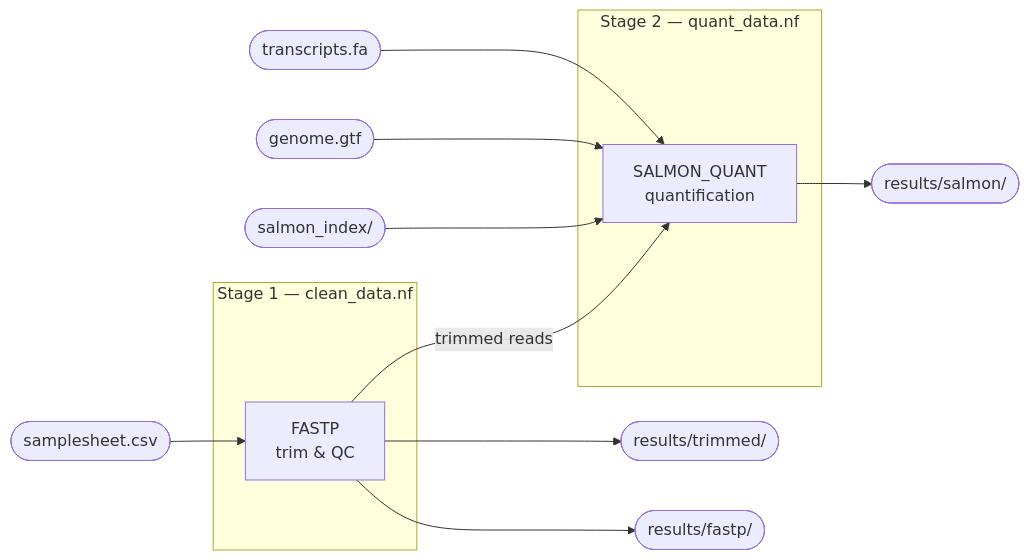
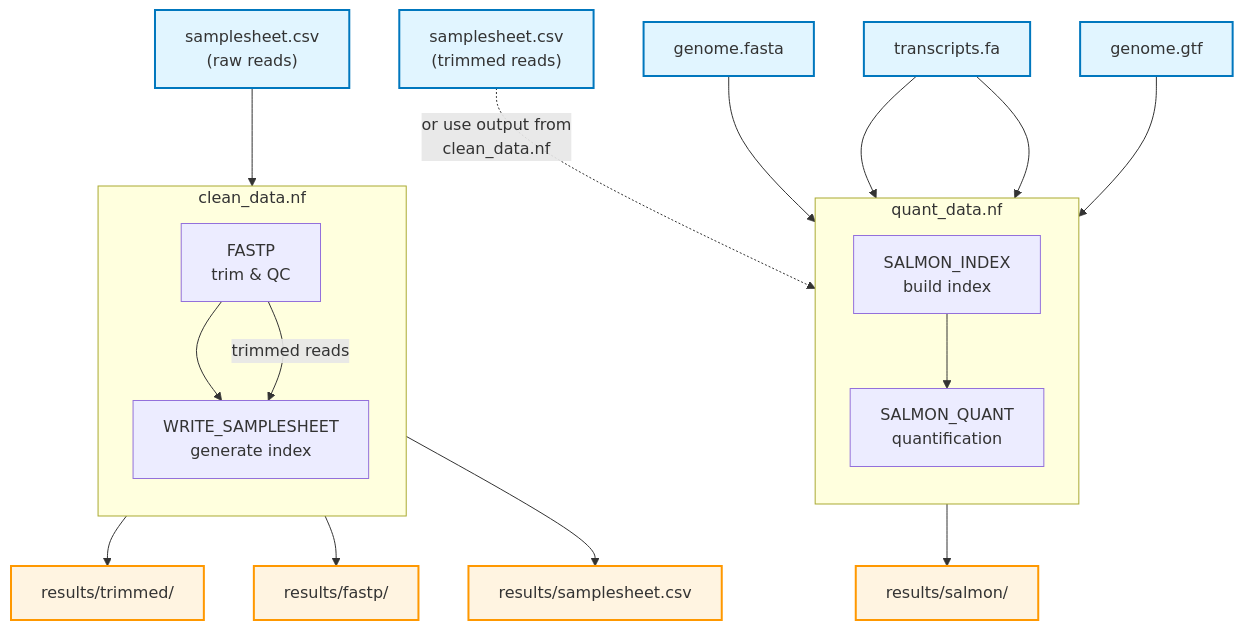
One commit to mahesh-panchal/Nextflow-best-practices changed the diagram in README.md. Above: the diagram before and after it, drawn with Mermaid. The commit also changed other lines of this file, not shown here.

Commit message:
Update README diagram

````diff
--- a/README.md
+++ b/README.md
@@ -28,29 +19,54 @@
 ```mermaid
-flowchart LR
-    input(["samplesheet.csv"])
-    salmon_index(["salmon_index/"])
-    gtf(["genome.gtf"])
-    transcript_fasta(["transcripts.fa"])
+flowchart TB
+    %% Inputs
+    input_raw["samplesheet.csv<br/>(raw reads)"]
+    input_trimmed["samplesheet.csv<br/>(trimmed reads)"]
+    genome_fasta["genome.fasta"]
+    gtf["genome.gtf"]
+    transcript_fasta["transcripts.fa"]
 
-    subgraph clean_data.nf ["Stage 1 — clean_data.nf"]
-        FASTP["FASTP\ntrim & QC"]
+    %% Stage 1: clean_data.nf
+    subgraph stage1["clean_data.nf"]
+        direction TB
+        FASTP["FASTP<br/>trim & QC"]
+        WRITE_SS["WRITE_SAMPLESHEET<br/>generate index"]
+        FASTP --> WRITE_SS
     end
 
-    subgraph quant_data.nf ["Stage 2 — quant_data.nf"]
-        SALMON_QUANT["SALMON_QUANT\nquantification"]
+    %% Stage 2: quant_data.nf
+    subgraph stage2["quant_data.nf"]
+        direction TB
+        SALMON_INDEX["SALMON_INDEX<br/>build index"]
+        SALMON_QUANT["SALMON_QUANT<br/>quantification"]
+        SALMON_INDEX --> SALMON_QUANT
     end
 
-    trimmed(["results/trimmed/"])
-    fastp(["results/fastp/"])
-    salmon(["results/salmon/"])
+    %% Outputs
+    out_trimmed["results/trimmed/"]
+    out_fastp["results/fastp/"]
+    out_samplesheet["results/samplesheet.csv"]
+    out_salmon["results/salmon/"]
 
-    input         --> FASTP
-    FASTP         -->|trimmed reads| SALMON_QUANT
-    salmon_index  --> SALMON_QUANT
-    gtf           --> SALMON_QUANT
+    %% Data flow for clean_data.nf
+    input_raw --> FASTP
+    FASTP -->|trimmed reads| WRITE_SS
+    FASTP --> out_trimmed
+    FASTP --> out_fastp
+    WRITE_SS --> out_samplesheet
+
+    %% Data flow for quant_data.nf
+    input_trimmed -.->|or use output from<br/>clean_data.nf| SALMON_QUANT
+    genome_fasta --> SALMON_INDEX
+    transcript_fasta --> SALMON_INDEX
     transcript_fasta --> SALMON_QUANT
+    gtf --> SALMON_QUANT
+    SALMON_QUANT --> out_salmon
 
-    FASTP         --> trimmed
-    FASTP         --> fastp
-    SALMON_QUANT  --> salmon
+    %% Styling
+    classDef inputStyle fill:#e1f5ff,stroke:#0077be,stroke-width:2px
+    classDef outputStyle fill:#fff4e1,stroke:#ff9800,stroke-width:2px
+    classDef processStyle fill:#f0f0f0,stroke:#333,stroke-width:2px
+
+    class input_raw,input_trimmed,genome_fasta,gtf,transcript_fasta inputStyle
+    class out_trimmed,out_fastp,out_samplesheet,out_salmon outputStyle
 ```
````
